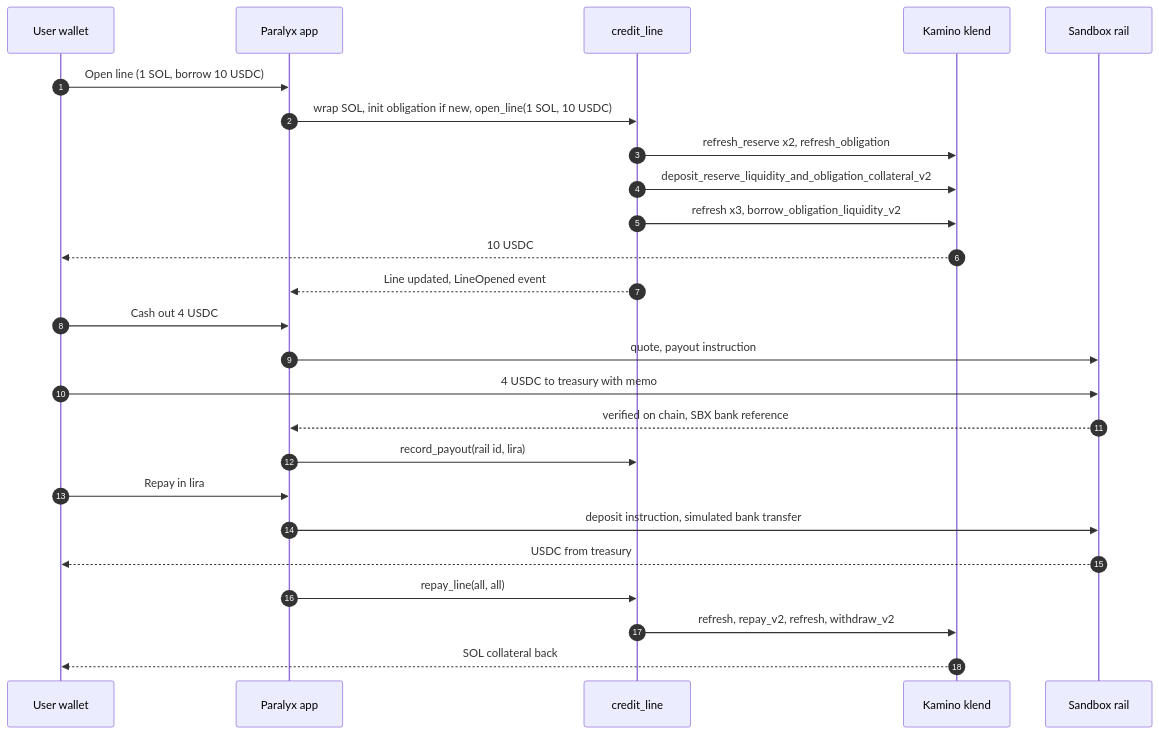
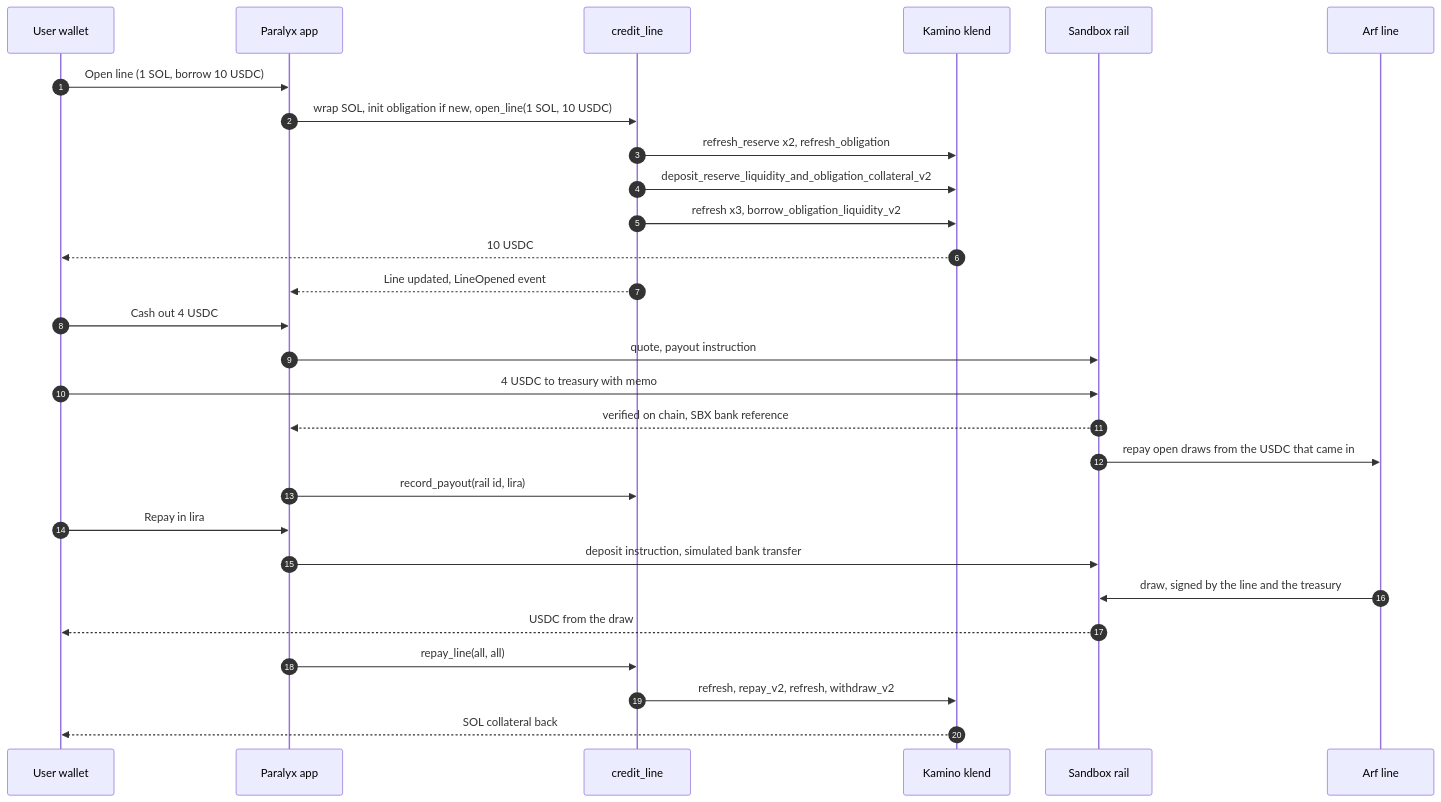
Before and after one commit to dr-wilson-empty/paralyx-arf: the second of 2 diagrams in README.md, drawn with Mermaid. The commit also changed other lines of this file and 2 other files, not shown here.

First line of the commit message:
docs: Arf liquidity behind the rail, with the devnet run that proves it

````diff
--- a/README.md
+++ b/README.md
@@ -103,27 +128,30 @@
 ```mermaid
 sequenceDiagram
   autonumber
   participant U as User wallet
   participant A as Paralyx app
   participant P as credit_line
   participant K as Kamino klend
   participant R as Sandbox rail
+  participant F as Arf line
   U->>A: Open line (1 SOL, borrow 10 USDC)
   A->>P: wrap SOL, init obligation if new, open_line(1 SOL, 10 USDC)
   P->>K: refresh_reserve x2, refresh_obligation
   P->>K: deposit_reserve_liquidity_and_obligation_collateral_v2
   P->>K: refresh x3, borrow_obligation_liquidity_v2
   K-->>U: 10 USDC
   P-->>A: Line updated, LineOpened event
   U->>A: Cash out 4 USDC
   A->>R: quote, payout instruction
   U->>R: 4 USDC to treasury with memo
   R-->>A: verified on chain, SBX bank reference
+  R->>F: repay open draws from the USDC that came in
   A->>P: record_payout(rail id, lira)
   U->>A: Repay in lira
   A->>R: deposit instruction, simulated bank transfer
-  R-->>U: USDC from treasury
+  F->>R: draw, signed by the line and the treasury
+  R-->>U: USDC from the draw
   A->>P: repay_line(all, all)
   P->>K: refresh, repay_v2, refresh, withdraw_v2
   K-->>U: SOL collateral back
 ```
````
